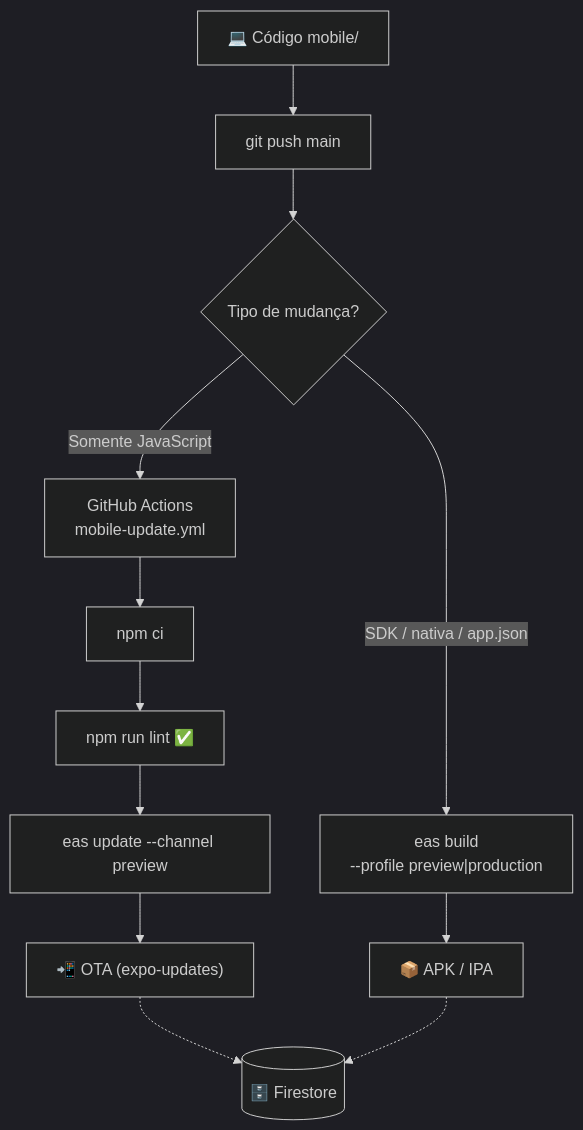
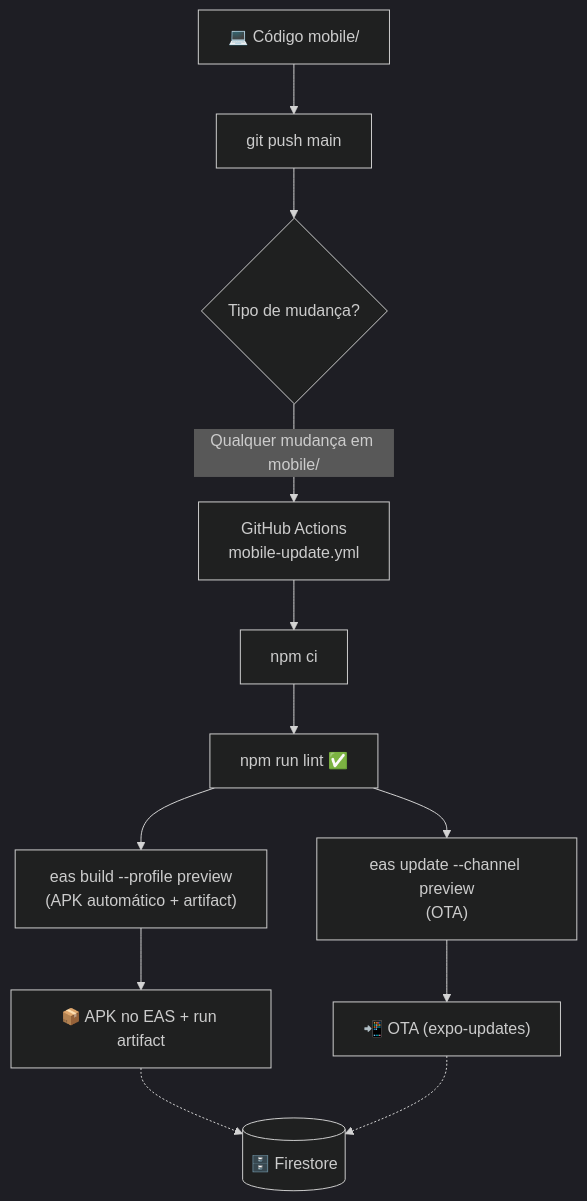
The diagram in mobile/INSTRUCOES.md (hectornetf/Volleyball), drawn with Mermaid (dark theme) before and after one commit. The commit also changed other lines of this file and 10 other files, not shown here.

````diff
--- a/mobile/INSTRUCOES.md
+++ b/mobile/INSTRUCOES.md
@@ -147,17 +153,16 @@
 ```mermaid
 flowchart TB
     A["💻 Código mobile/"] --> B["git push main"]
     B --> C{"Tipo de mudança?"}
 
-    C -- "Somente JavaScript" --> D["GitHub Actions<br/>mobile-update.yml"]
+    C -- "Qualquer mudança em mobile/" --> D["GitHub Actions<br/>mobile-update.yml"]
     D --> E["npm ci"]
     E --> F["npm run lint ✅"]
-    F --> G["eas update --channel preview"]
-    G --> H["📲 OTA (expo-updates)"]
-
-    C -- "SDK / nativa / app.json" --> I["eas build<br/>--profile preview|production"]
-    I --> J["📦 APK / IPA"]
+    F --> G["eas build --profile preview<br/>(APK automático + artifact)"]
+    F --> G2["eas update --channel preview<br/>(OTA)"]
+    G --> H["📦 APK no EAS + run artifact"]
+    G2 --> H2["📲 OTA (expo-updates)"]
 
     H -.-> K[("🗄️ Firestore")]
-    J -.-> K
+    H2 -.-> K
 ```
````
